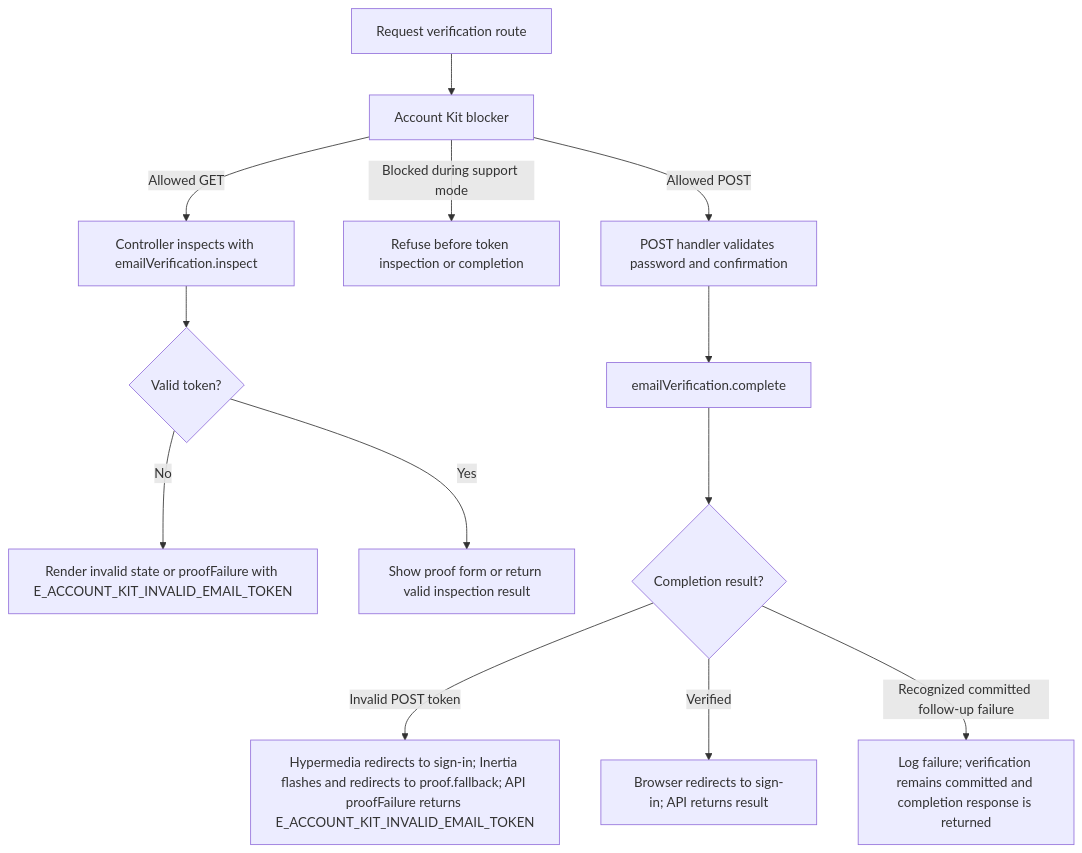
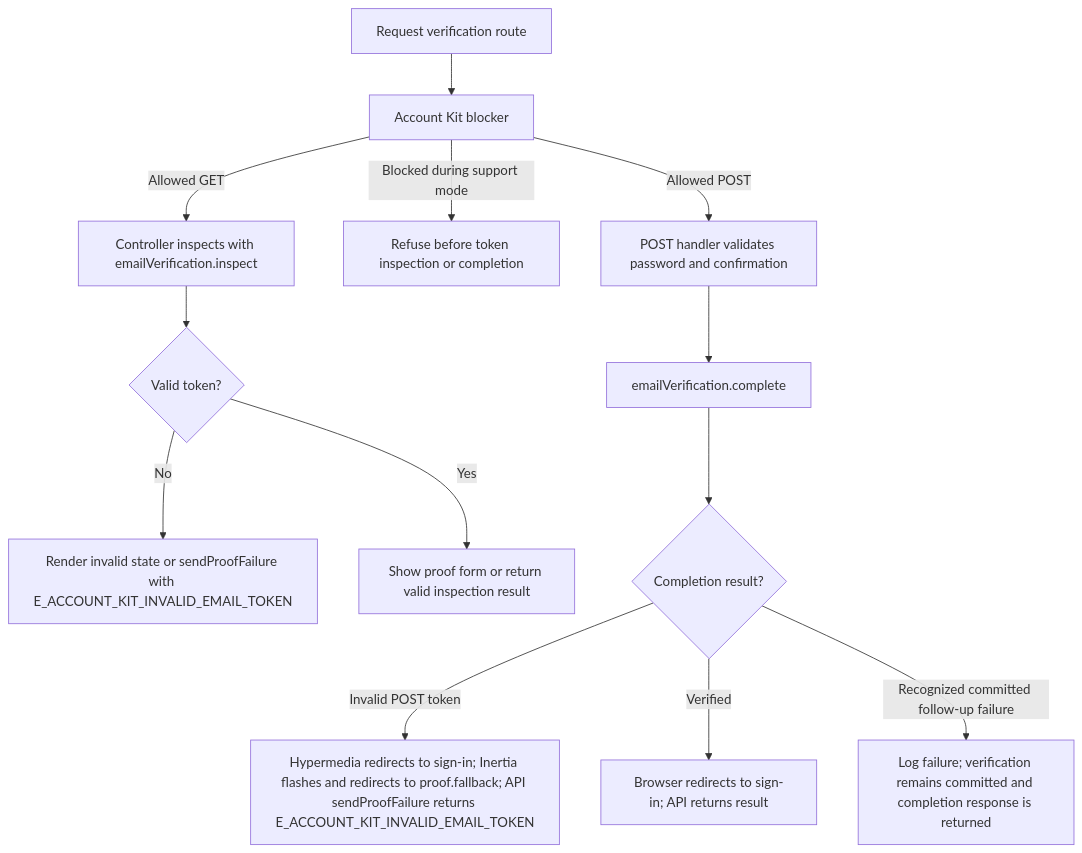
Before and after one commit to Kevinjohn/oss-adonisjs-starter-examples: the second of 2 diagrams in user-stories/accounts/us-account-11-complete-email-verification.md, drawn with Mermaid. The commit also changed 27 other files, not shown here.

````diff
--- a/user-stories/accounts/us-account-11-complete-email-verification.md
+++ b/user-stories/accounts/us-account-11-complete-email-verification.md
@@ -52,15 +52,15 @@
 ```mermaid
 flowchart TD
     A["Request verification route"] --> Z["Account Kit blocker"]
     Z -->|Allowed GET| B["Controller inspects with emailVerification.inspect"]
     Z -->|Blocked during support mode| Z1["Refuse before token inspection or completion"]
     B --> C{"Valid token?"}
-    C -->|No| D["Render invalid state or proofFailure with E_ACCOUNT_KIT_INVALID_EMAIL_TOKEN"]
+    C -->|No| D["Render invalid state or sendProofFailure with E_ACCOUNT_KIT_INVALID_EMAIL_TOKEN"]
     C -->|Yes| V["Show proof form or return valid inspection result"]
     Z -->|Allowed POST| E["POST handler validates password and confirmation"]
     E --> F["emailVerification.complete"]
     F --> G{"Completion result?"}
-    G -->|Invalid POST token| J["Hypermedia redirects to sign-in; Inertia flashes and redirects to proof.fallback; API proofFailure returns E_ACCOUNT_KIT_INVALID_EMAIL_TOKEN"]
+    G -->|Invalid POST token| J["Hypermedia redirects to sign-in; Inertia flashes and redirects to proof.fallback; API sendProofFailure returns E_ACCOUNT_KIT_INVALID_EMAIL_TOKEN"]
     G -->|Verified| H["Browser redirects to sign-in; API returns result"]
     G -->|Recognized committed follow-up failure| I["Log failure; verification remains committed and completion response is returned"]
 ```
````
